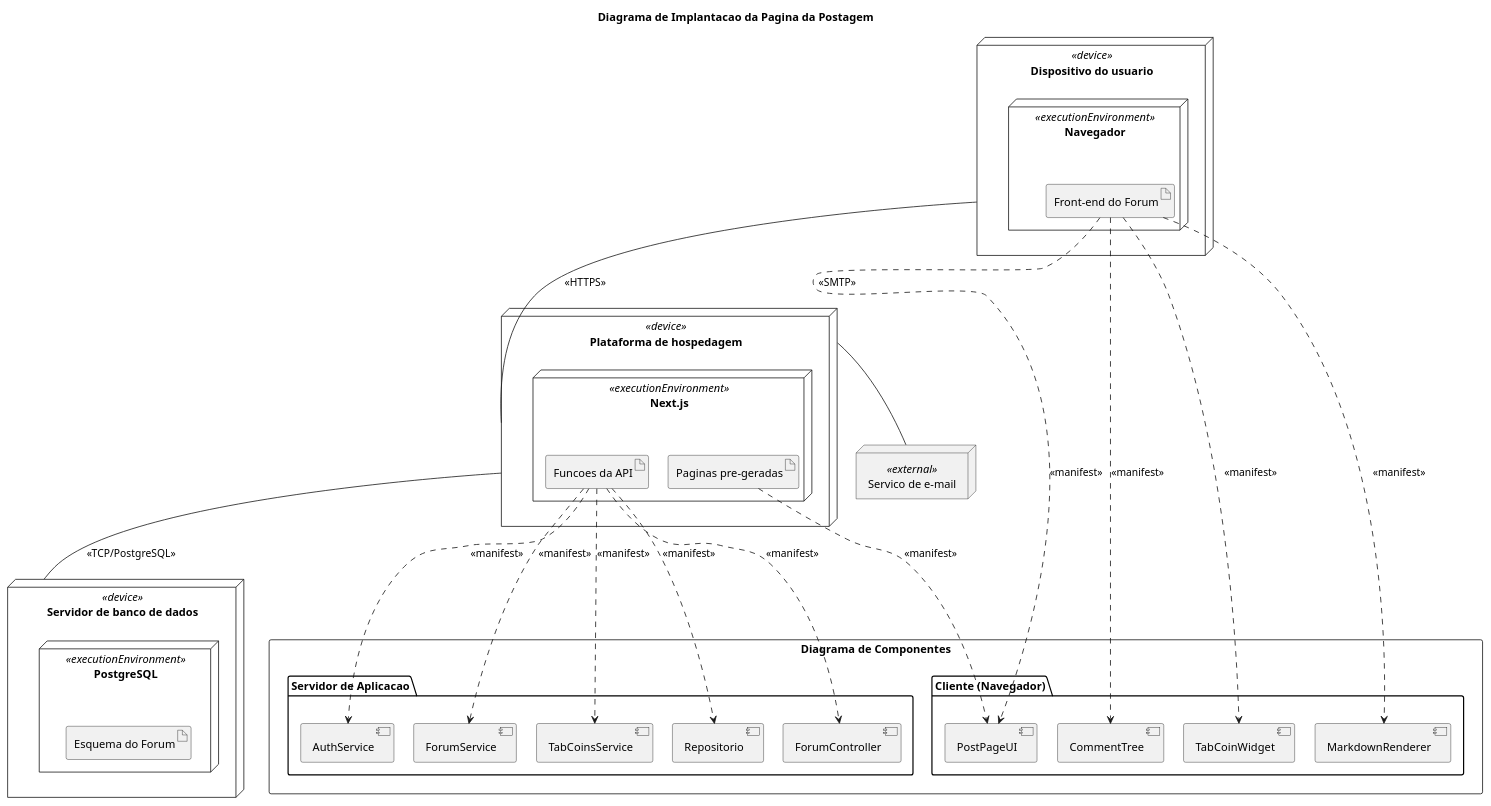
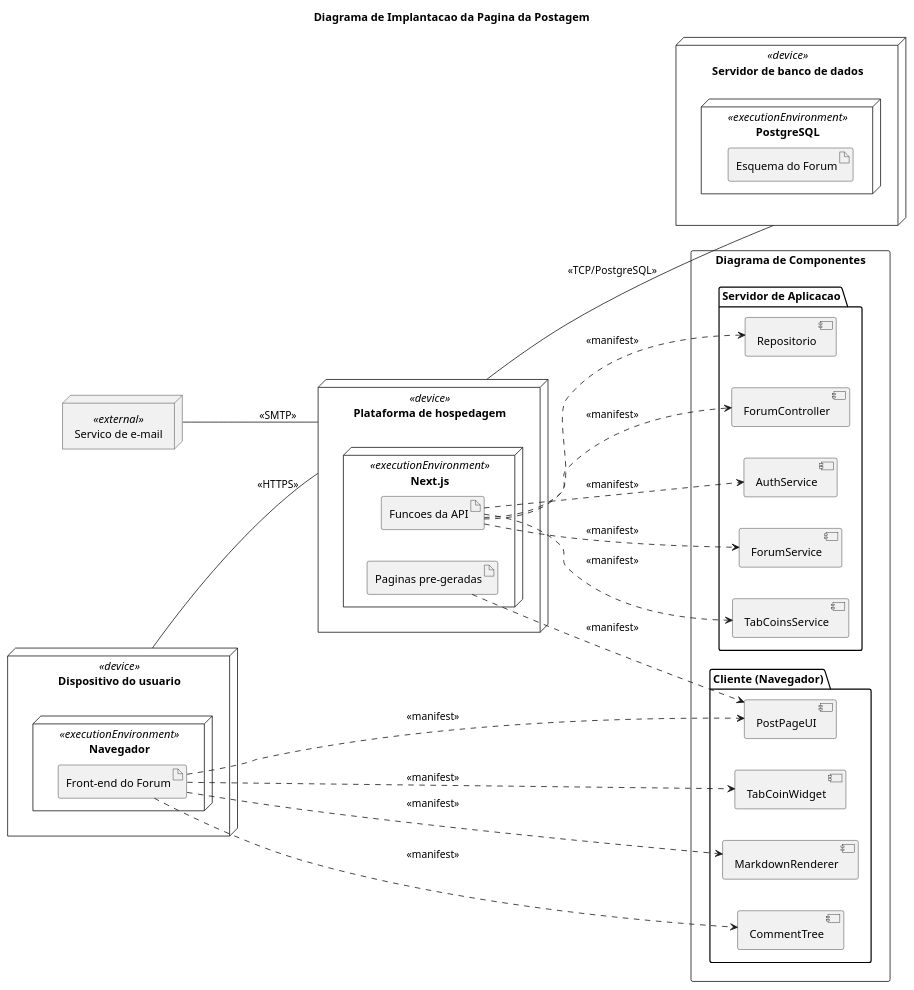
One commit to UnBArqDsw2026-2-Turma01/RepositorioTemplateEntrega2-TabNews-Forum changed the second of 2 diagrams in docs/Base/Relatórios/SubEquipe_03/ModelagemEstatica.md. Above: the diagram before and after it, drawn with PlantUML.

Commit message:
docs(entrega2): diagrama de implantação - ajuste de layout para leitura - Leonardo Bonetti

````diff
--- a/docs/Base/Relatórios/SubEquipe_03/ModelagemEstatica.md
+++ b/docs/Base/Relatórios/SubEquipe_03/ModelagemEstatica.md
@@ -112,63 +112,64 @@
 ```plantuml
 @startuml
 title Diagrama de Implantacao da Pagina da Postagem
 
+left to right direction
 skinparam componentStyle uml2
-skinparam nodesep 25
-skinparam ranksep 55
+skinparam nodesep 40
+skinparam ranksep 70
 
 node "Dispositivo do usuario" <<device>> as dispositivo {
   node "Navegador" <<executionEnvironment>> as navegador {
     artifact "Front-end do Forum" as frontend
   }
 }
 
 node "Plataforma de hospedagem" <<device>> as hospedagem {
   node "Next.js" <<executionEnvironment>> as nextjs {
     artifact "Paginas pre-geradas" as paginas
     artifact "Funcoes da API" as funcoesApi
   }
 }
 
 node "Servidor de banco de dados" <<device>> as servidorBanco {
   node "PostgreSQL" <<executionEnvironment>> as postgres {
     artifact "Esquema do Forum" as esquema
   }
 }
 
 node "Servico de e-mail" <<external>> as email
 
 dispositivo -down- hospedagem : <<HTTPS>>
 hospedagem -down- servidorBanco : <<TCP/PostgreSQL>>
-hospedagem -right- email : <<SMTP>>
+hospedagem -up- email : <<SMTP>>
 
 rectangle "Diagrama de Componentes" as componentes {
   package "Cliente (Navegador)" {
     component "PostPageUI" as UI
     component "CommentTree" as CT
     component "TabCoinWidget" as TCW
     component "MarkdownRenderer" as MD
   }
   package "Servidor de Aplicacao" {
     component "ForumController" as CTRL
     component "AuthService" as AUTH
     component "ForumService" as SVC
     component "TabCoinsService" as TCS
     component "Repositorio" as REPO
   }
 }
 
 frontend ..> UI : <<manifest>>
 frontend ..> CT : <<manifest>>
 frontend ..> TCW : <<manifest>>
 frontend ..> MD : <<manifest>>
 
 paginas ..> UI : <<manifest>>
 
 funcoesApi ..> CTRL : <<manifest>>
 funcoesApi ..> AUTH : <<manifest>>
 funcoesApi ..> SVC : <<manifest>>
 funcoesApi ..> TCS : <<manifest>>
 funcoesApi ..> REPO : <<manifest>>
 @enduml
 ```
````
